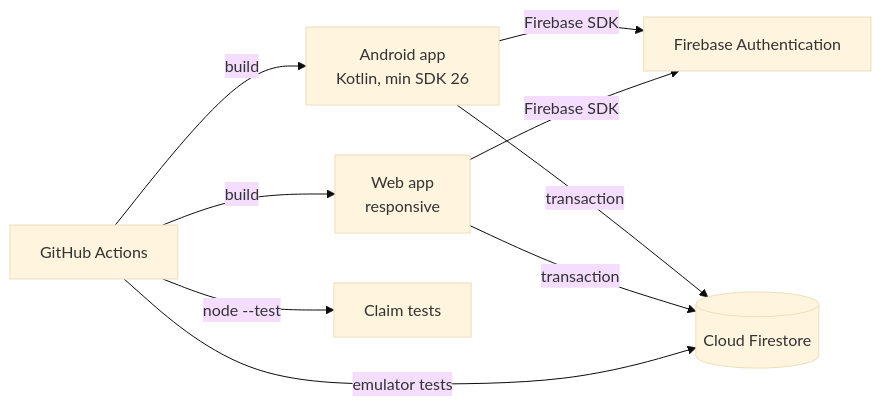
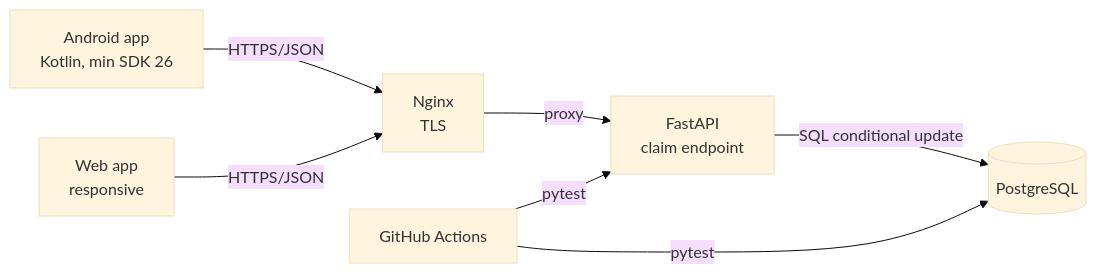
The diagram in docs/system-overview.md (yuanye820/claimit), drawn with Mermaid (base theme) before and after one commit. The commit also changed other lines of this file and 20 other files, not shown here.

Commit message:
feat: scaffold self-hosted FastAPI + PostgreSQL API

````diff
--- a/docs/system-overview.md
+++ b/docs/system-overview.md
@@ -3,11 +3,9 @@
 ```mermaid
 flowchart LR
-    A[Android app\nKotlin, min SDK 26] -->|Firebase SDK| AUTH[Firebase Authentication]
-    W[Web app\nresponsive] -->|Firebase SDK| AUTH
-    A -->|transaction| DB[(Cloud Firestore)]
-    W -->|transaction| DB
-    CI[GitHub Actions] -->|node --test| T[Claim tests]
-    CI -->|build| A
-    CI -->|build| W
-    CI -->|emulator tests| DB
+    A[Android app\nKotlin, min SDK 26] -->|HTTPS/JSON| N[Nginx\nTLS]
+    W[Web app\nresponsive] -->|HTTPS/JSON| N
+    N -->|proxy| F[FastAPI\nclaim endpoint]
+    F -->|SQL conditional update| DB[(PostgreSQL)]
+    CI[GitHub Actions] -->|pytest| F
+    CI -->|pytest| DB
 ```
````
